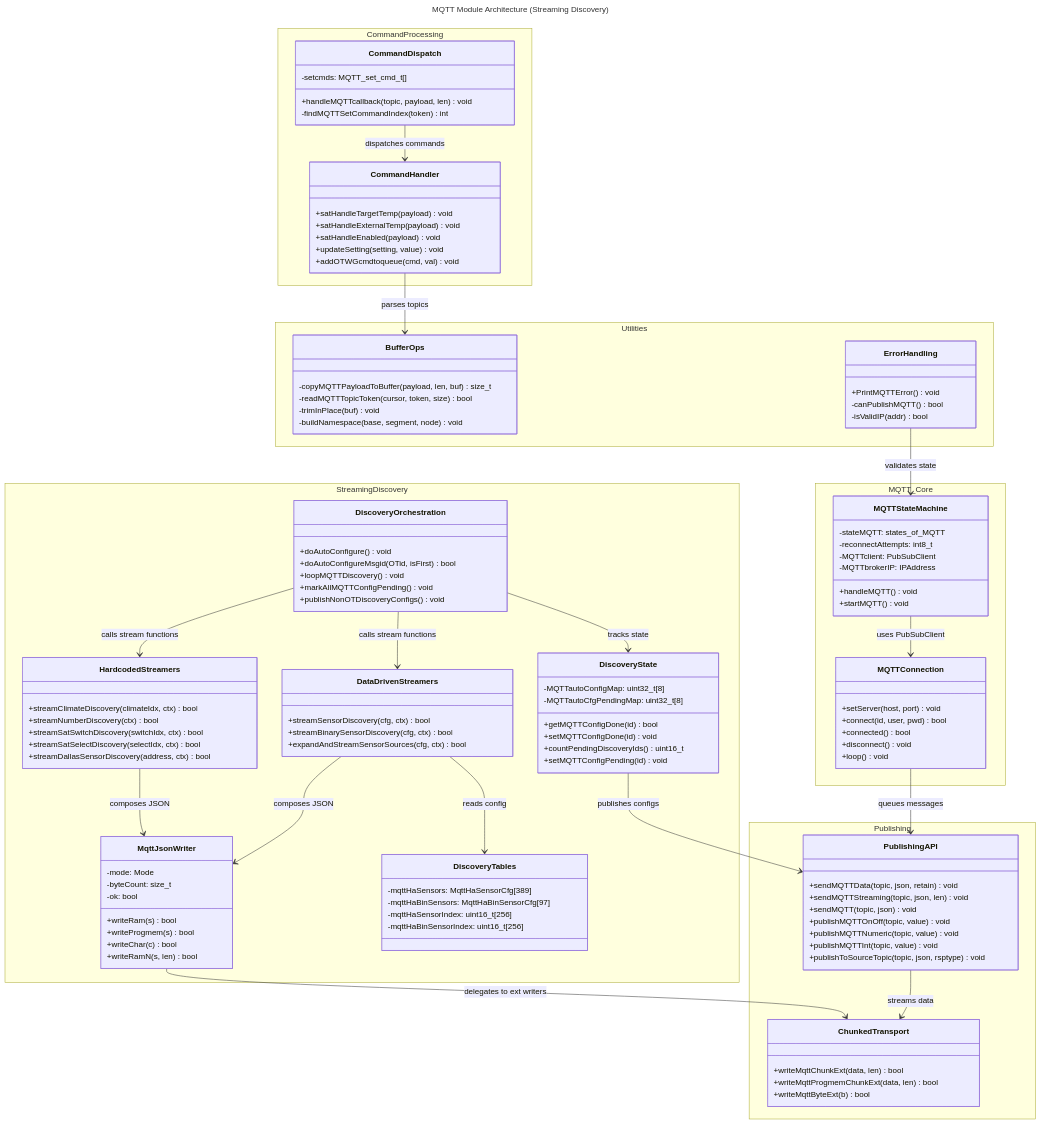
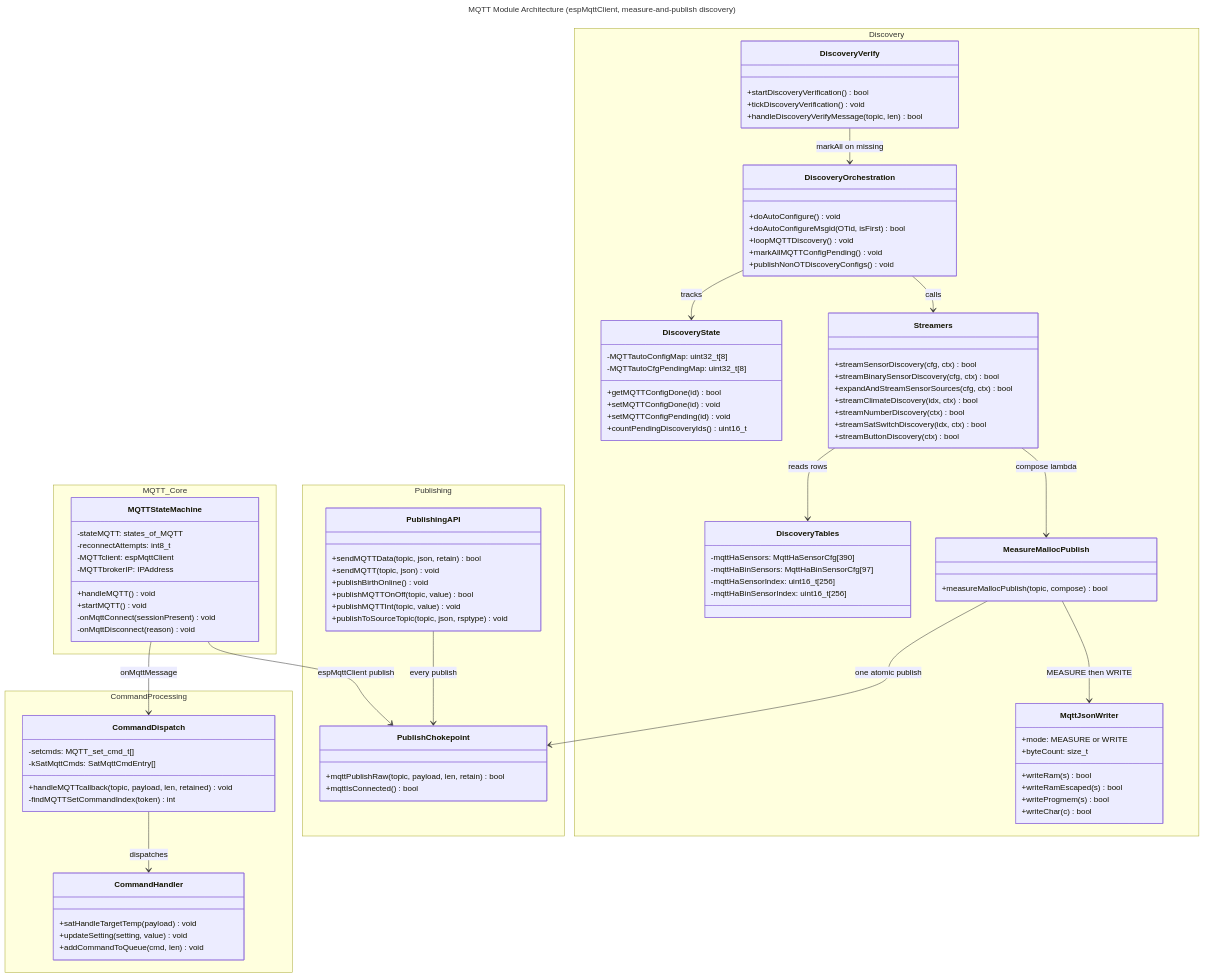
The diagram in docs/c4/c4-code-mqtt.md (rvdbreemen/OTGW-firmware), drawn with Mermaid before and after one commit. The commit also changed other lines of this file and 23 other files, not shown here.

````diff
--- a/docs/c4/c4-code-mqtt.md
+++ b/docs/c4/c4-code-mqtt.md
@@ -1025,77 +388,68 @@
 ```mermaid
 ---
-title: MQTT Module Architecture (Streaming Discovery)
+title: MQTT Module Architecture (espMqttClient, measure-and-publish discovery)
 ---
 classDiagram
     namespace MQTT_Core {
         class MQTTStateMachine {
             -stateMQTT: states_of_MQTT
             -reconnectAttempts: int8_t
-            -MQTTclient: PubSubClient
+            -MQTTclient: espMqttClient
             -MQTTbrokerIP: IPAddress
             +handleMQTT() void
             +startMQTT() void
-        }
-        
-        class MQTTConnection {
-            +setServer(host, port) void
-            +connect(id, user, pwd) bool
-            +connected() bool
-            +disconnect() void
-            +loop() void
+            -onMqttConnect(sessionPresent) void
+            -onMqttDisconnect(reason) void
         }
     }
-    
+
     namespace Publishing {
         class PublishingAPI {
-            +sendMQTTData(topic, json, retain) void
-            +sendMQTTStreaming(topic, json, len) void
+            +sendMQTTData(topic, json, retain) bool
             +sendMQTT(topic, json) void
-            +publishMQTTOnOff(topic, value) void
-            +publishMQTTNumeric(topic, value) void
+            +publishBirthOnline() void
+            +publishMQTTOnOff(topic, value) bool
             +publishMQTTInt(topic, value) void
             +publishToSourceTopic(topic, json, rsptype) void
         }
-        
-        class ChunkedTransport {
-            +writeMqttChunkExt(data, len) bool
-            +writeMqttProgmemChunkExt(data, len) bool
-            +writeMqttByteExt(b) bool
+
+        class PublishChokepoint {
+            +mqttPublishRaw(topic, payload, len, retain) bool
+            +mqttIsConnected() bool
         }
     }
-    
-    namespace StreamingDiscovery {
+
+    namespace Discovery {
         class MqttJsonWriter {
-            -mode: Mode
-            -byteCount: size_t
-            -ok: bool
+            +mode: MEASURE or WRITE
+            +byteCount: size_t
             +writeRam(s) bool
+            +writeRamEscaped(s) bool
             +writeProgmem(s) bool
             +writeChar(c) bool
-            +writeRamN(s, len) bool
         }
-        
-        class DataDrivenStreamers {
+
+        class MeasureMallocPublish {
+            +measureMallocPublish(topic, compose) bool
+        }
+
+        class Streamers {
             +streamSensorDiscovery(cfg, ctx) bool
             +streamBinarySensorDiscovery(cfg, ctx) bool
             +expandAndStreamSensorSources(cfg, ctx) bool
+            +streamClimateDiscovery(idx, ctx) bool
+            +streamNumberDiscovery(ctx) bool
+            +streamSatSwitchDiscovery(idx, ctx) bool
+            +streamButtonDiscovery(ctx) bool
         }
-        
-        class HardcodedStreamers {
-            +streamClimateDiscovery(climateIdx, ctx) bool
-            +streamNumberDiscovery(ctx) bool
-            +streamSatSwitchDiscovery(switchIdx, ctx) bool
-            +streamSatSelectDiscovery(selectIdx, ctx) bool
-            +streamDallasSensorDiscovery(address, ctx) bool
-        }
-        
+
         class DiscoveryTables {
-            -mqttHaSensors: MqttHaSensorCfg[389]
+            -mqttHaSensors: MqttHaSensorCfg[390]
             -mqttHaBinSensors: MqttHaBinSensorCfg[97]
             -mqttHaSensorIndex: uint16_t[256]
             -mqttHaBinSensorIndex: uint16_t[256]
         }
-        
+
         class DiscoveryOrchestration {
             +doAutoConfigure() void
             +doAutoConfigureMsgid(OTid, isFirst) bool
@@ -1103,62 +457,47 @@
             +markAllMQTTConfigPending() void
             +publishNonOTDiscoveryConfigs() void
         }
-        
+
         class DiscoveryState {
             -MQTTautoConfigMap: uint32_t[8]
             -MQTTautoCfgPendingMap: uint32_t[8]
             +getMQTTConfigDone(id) bool
             +setMQTTConfigDone(id) void
+            +setMQTTConfigPending(id) void
             +countPendingDiscoveryIds() uint16_t
-            +setMQTTConfigPending(id) void
+        }
+
+        class DiscoveryVerify {
+            +startDiscoveryVerification() bool
+            +tickDiscoveryVerification() void
+            +handleDiscoveryVerifyMessage(topic, len) bool
         }
     }
-    
+
     namespace CommandProcessing {
         class CommandDispatch {
             -setcmds: MQTT_set_cmd_t[]
-            +handleMQTTcallback(topic, payload, len) void
+            -kSatMqttCmds: SatMqttCmdEntry[]
+            +handleMQTTcallback(topic, payload, len, retained) void
             -findMQTTSetCommandIndex(token) int
         }
-        
+
         class CommandHandler {
             +satHandleTargetTemp(payload) void
-            +satHandleExternalTemp(payload) void
-            +satHandleEnabled(payload) void
             +updateSetting(setting, value) void
-            +addOTWGcmdtoqueue(cmd, val) void
+            +addCommandToQueue(cmd, len) void
         }
     }
-    
-    namespace Utilities {
-        class BufferOps {
-            -copyMQTTPayloadToBuffer(payload, len, buf) size_t
-            -readMQTTTopicToken(cursor, token, size) bool
-            -trimInPlace(buf) void
-            -buildNamespace(base, segment, node) void
-        }
-        
-        class ErrorHandling {
-            +PrintMQTTError() void
-            -canPublishMQTT() bool
-            -isValidIP(addr) bool
-        }
-    }
-    
-    MQTTStateMachine --> MQTTConnection : uses PubSubClient
-    MQTTConnection --> PublishingAPI : queues messages
-    PublishingAPI --> ChunkedTransport : streams data
-    
-    MqttJsonWriter --> ChunkedTransport : delegates to ext writers
-    DataDrivenStreamers --> MqttJsonWriter : composes JSON
-    HardcodedStreamers --> MqttJsonWriter : composes JSON
-    DataDrivenStreamers --> DiscoveryTables : reads config
-    DiscoveryOrchestration --> DataDrivenStreamers : calls stream functions
-    DiscoveryOrchestration --> HardcodedStreamers : calls stream functions
-    DiscoveryOrchestration --> DiscoveryState : tracks state
-    DiscoveryState --> PublishingAPI : publishes configs
-    
-    CommandDispatch --> CommandHandler : dispatches commands
-    CommandHandler --> BufferOps : parses topics
-    ErrorHandling --> MQTTStateMachine : validates state
+
+    MQTTStateMachine --> PublishChokepoint : espMqttClient publish
+    PublishingAPI --> PublishChokepoint : every publish
+    MeasureMallocPublish --> MqttJsonWriter : MEASURE then WRITE
+    MeasureMallocPublish --> PublishChokepoint : one atomic publish
+    Streamers --> MeasureMallocPublish : compose lambda
+    Streamers --> DiscoveryTables : reads rows
+    DiscoveryOrchestration --> Streamers : calls
+    DiscoveryOrchestration --> DiscoveryState : tracks
+    DiscoveryVerify --> DiscoveryOrchestration : markAll on missing
+    CommandDispatch --> CommandHandler : dispatches
+    MQTTStateMachine --> CommandDispatch : onMqttMessage
 ```
````
